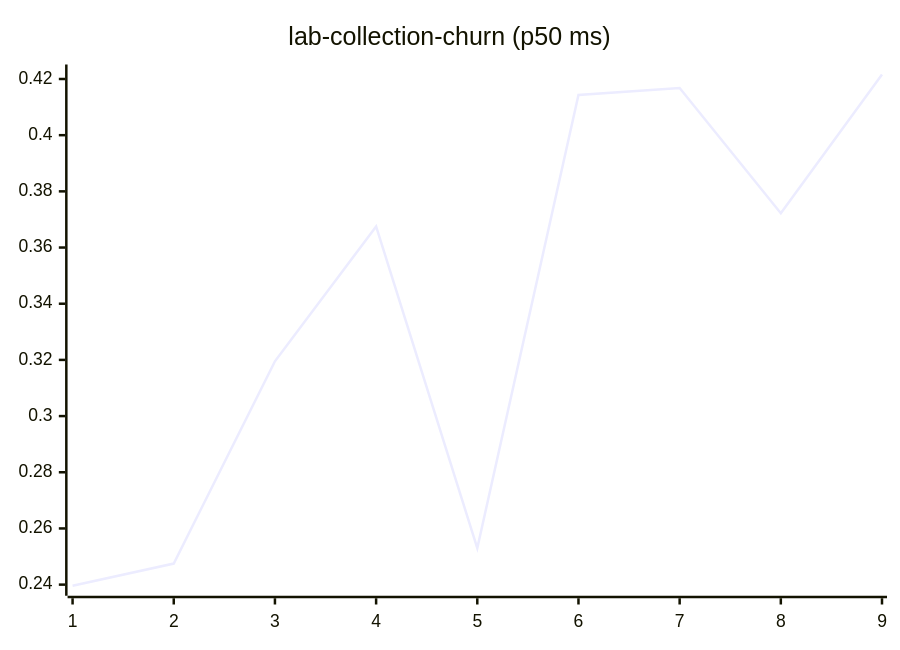
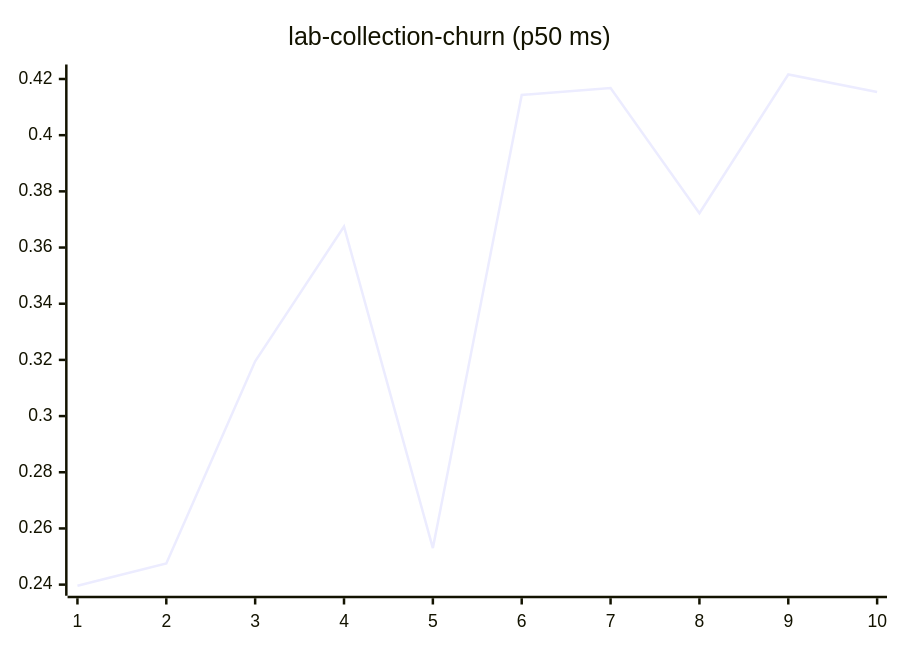
One commit to josha/Facet changed diagram 11 of 27 in README.md. Above: the diagram before and after it, drawn with Mermaid. The commit also changed other lines of this file and 2 other files, not shown here.

````diff
--- a/README.md
+++ b/README.md
@@ -133,6 +133,6 @@
 ```mermaid
 xychart-beta
     title "lab-collection-churn (p50 ms)"
-    x-axis 1 --> 9
-    line [0.2396, 0.2475, 0.3195, 0.3675, 0.2530, 0.4143, 0.4168, 0.3722, 0.4216]
+    x-axis 1 --> 10
+    line [0.2396, 0.2475, 0.3195, 0.3675, 0.2530, 0.4143, 0.4168, 0.3722, 0.4216, 0.4154]
 ```
````
